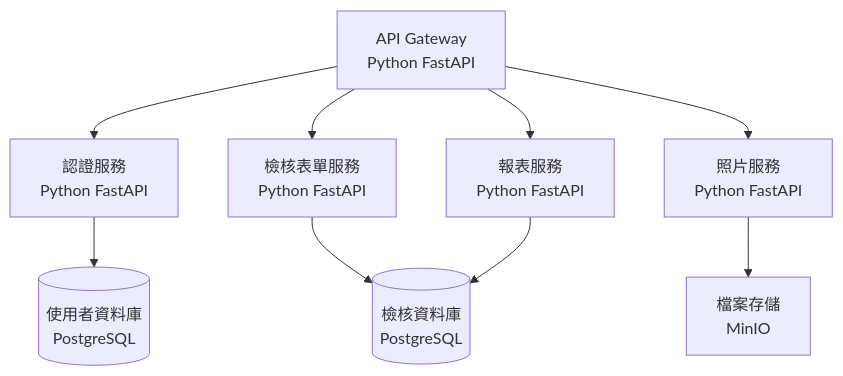
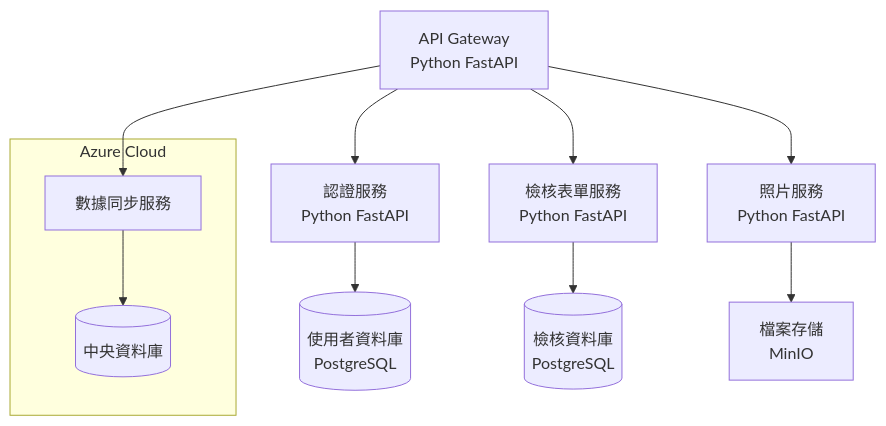
Before and after one commit to sakiman/IP68: the first of 4 diagrams in IP68_Spec.md, drawn with Mermaid. The commit also changed other lines of this file and 1 other file, not shown here.

````diff
--- a/IP68_Spec.md
+++ b/IP68_Spec.md
@@ -151,11 +151,15 @@
 ```mermaid
 graph TD
     A[API Gateway<br/>Python FastAPI] --> B[認證服務<br/>Python FastAPI]
     A --> C[檢核表單服務<br/>Python FastAPI]
     A --> D[照片服務<br/>Python FastAPI]
-    A --> E[報表服務<br/>Python FastAPI]
     B --> F[(使用者資料庫<br/>PostgreSQL)]
     C --> G[(檢核資料庫<br/>PostgreSQL)]
     D --> H[檔案存儲<br/>MinIO]
-    E --> G
+    
+    subgraph Azure Cloud
+    Z[數據同步服務] --> Y[(中央資料庫)]
+    end
+    
+    A --> Z
 ```
````
